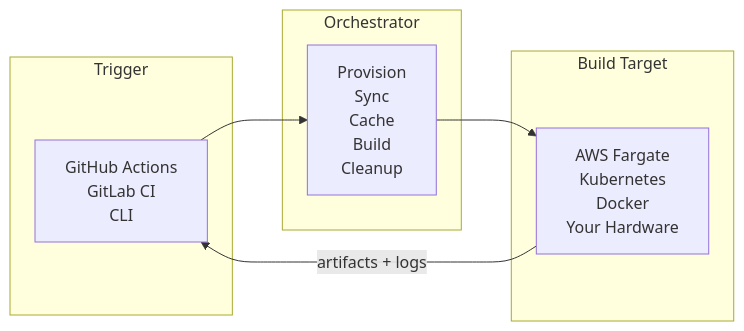
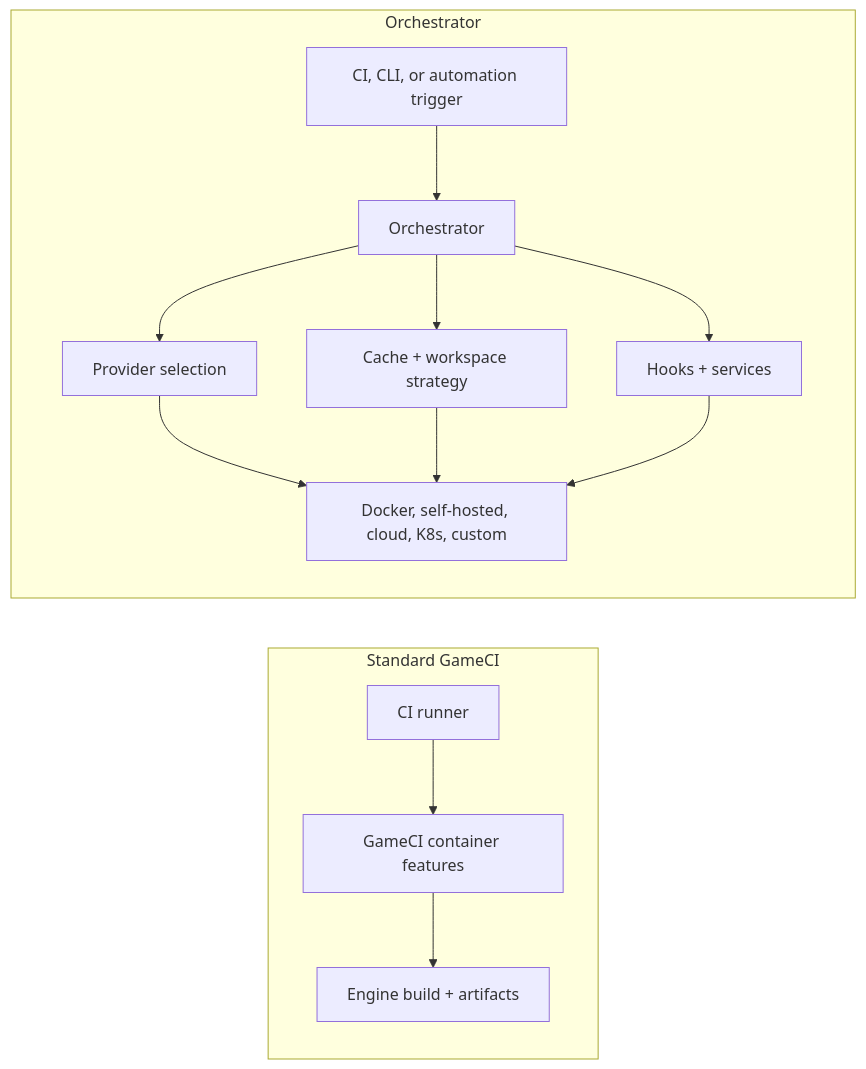
Before and after one commit to coffandro/game-ci-documentation: the diagram in docs/03-github-orchestrator/01-introduction-to-orchestrator/01-introduction.mdx, drawn with Mermaid. The commit also changed other lines of this file and 32 other files, not shown here.

First line of the commit message:
Document public CLI and clarify Orchestrator positioning (#559)

````diff
--- a/docs/03-github-orchestrator/01-introduction-to-orchestrator/01-introduction.mdx
+++ b/docs/03-github-orchestrator/01-introduction-to-orchestrator/01-introduction.mdx
@@ -12,14 +19,17 @@
 ```mermaid
 flowchart LR
-  subgraph trigger["Trigger"]
-    A["GitHub Actions\nGitLab CI\nCLI"]
+  subgraph standard["Standard GameCI"]
+    A["CI runner"] --> B["GameCI container features"]
+    B --> C["Engine build + artifacts"]
   end
-  subgraph orchestrator["Orchestrator"]
-    B["Provision\nSync\nCache\nBuild\nCleanup"]
+
+  subgraph orchestrated["Orchestrator"]
+    D["CI, CLI, or automation trigger"] --> E["Orchestrator"]
+    E --> F["Provider selection"]
+    E --> G["Cache + workspace strategy"]
+    E --> H["Hooks + services"]
+    F --> I["Docker, self-hosted, cloud, K8s, custom"]
+    G --> I
+    H --> I
   end
-  subgraph target["Build Target"]
-    C["AWS Fargate\nKubernetes\nDocker\nYour Hardware"]
-  end
-  A --> B --> C
-  C -- "artifacts + logs" --> A
 ```
````
